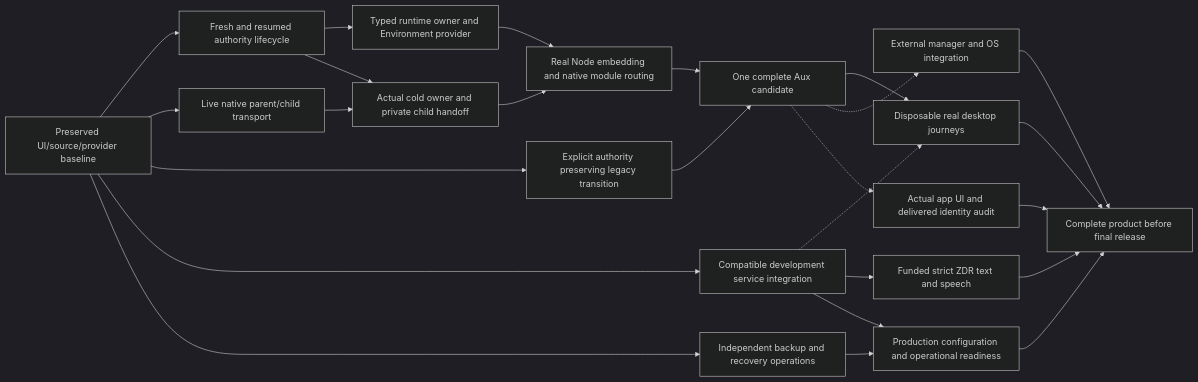
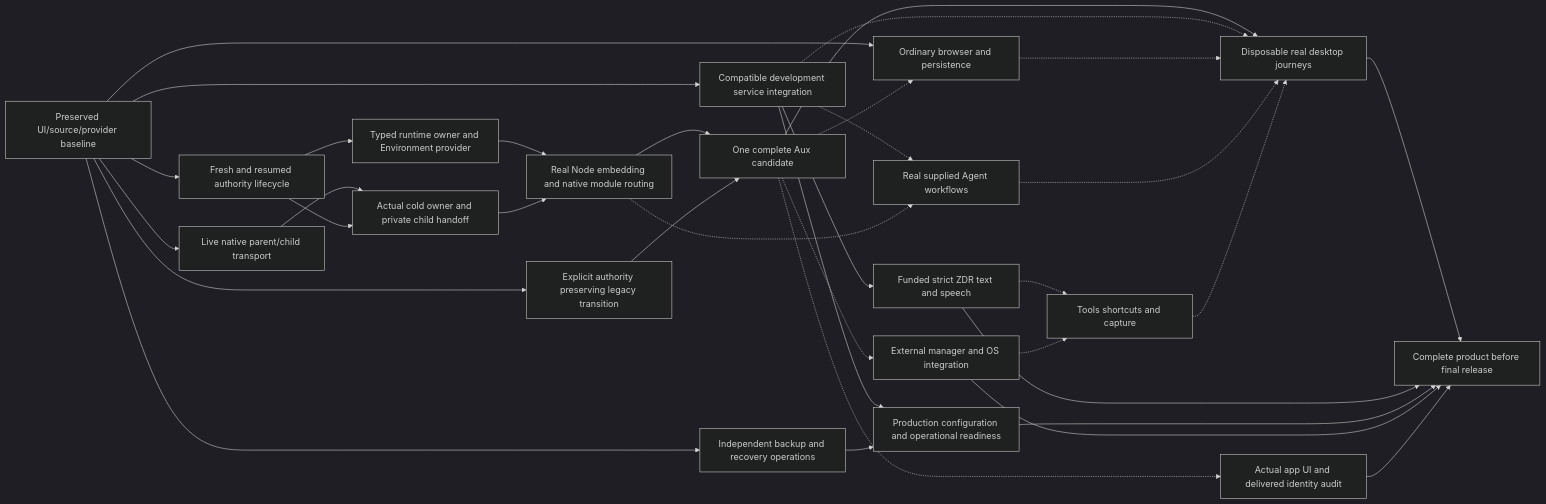
One commit to robzilla1738/vector changed the diagram in docs/ROADMAP-EXECUTION-GRAPH.md. Above: the diagram before and after it, drawn with Mermaid (dark theme). The commit also changed other lines of this file and 1 other file, not shown here.

Commit message:
Preserve original execution node IDs and historical graph evidence

````diff
--- a/docs/ROADMAP-EXECUTION-GRAPH.md
+++ b/docs/ROADMAP-EXECUTION-GRAPH.md
@@ -21,27 +23,36 @@
 ```mermaid
 flowchart LR
   BASE[Preserved UI/source/provider baseline] --> AUTH[Fresh and resumed authority lifecycle]
   AUTH --> OWNER[Typed runtime owner and Environment provider]
   BASE --> PEER[Live native parent/child transport]
   PEER --> COLD[Actual cold owner and private child handoff]
   AUTH --> COLD
   OWNER --> EMBED[Real Node embedding and native module routing]
   COLD --> EMBED
   BASE --> LEGACY[Explicit authority preserving legacy transition]
   EMBED --> PACKAGE[One complete Aux candidate]
   LEGACY --> PACKAGE
-  PACKAGE --> DESKTOP[Disposable real desktop journeys]
+  PACKAGE --> JOURNEY[Disposable real desktop journeys]
   BASE --> CLOUD[Compatible development service integration]
-  CLOUD -.-> DESKTOP
+  CLOUD -.-> JOURNEY
   CLOUD --> AI[Funded strict ZDR text and speech]
   CLOUD --> PROD[Production configuration and operational readiness]
   BASE --> OPS[Independent backup and recovery operations]
   OPS --> PROD
   PACKAGE -.-> EXT[External manager and OS integration]
-  DESKTOP --> DONE[Complete product before final release]
-  AI --> DONE
-  PROD --> DONE
-  EXT --> DONE
-  PACKAGE -.-> FIDELITY[Actual app UI and delivered identity audit]
-  FIDELITY --> DONE
+  BASE --> BROWSER[Ordinary browser and persistence]
+  PACKAGE -.-> BROWSER
+  CLOUD -.-> AGENT[Real supplied Agent workflows]
+  EMBED -.-> AGENT
+  AI -.-> TOOLS[Tools shortcuts and capture]
+  EXT -.-> TOOLS
+  BROWSER -.-> JOURNEY
+  AGENT -.-> JOURNEY
+  TOOLS -.-> JOURNEY
+  JOURNEY --> READY[Complete product before final release]
+  AI --> READY
+  PROD --> READY
+  EXT --> READY
+  PACKAGE -.-> FRAME[Actual app UI and delivered identity audit]
+  FRAME --> READY
 ```
````
